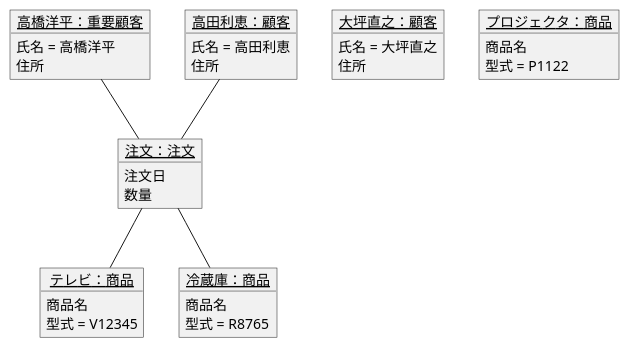
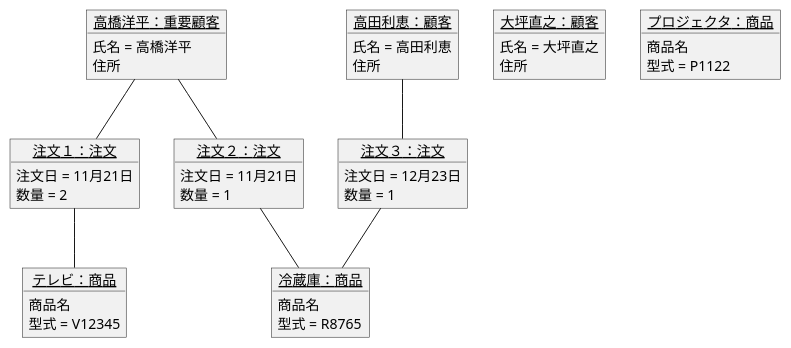
The diagram in 演習3-7_OBJ_注文のオブジェクト図.pu (eumura123/uml-introduction), drawn with PlantUML before and after one commit.

Commit message:
演習3-7

```diff
--- a/演習3-7_OBJ_注文のオブジェクト図.pu
+++ b/演習3-7_OBJ_注文のオブジェクト図.pu
@@ -1,34 +1,44 @@
 @startuml  
 object "<u>高橋洋平：重要顧客</u>" as k1{
 氏名 = 高橋洋平
 住所
 }
 object "<u>高田利恵：顧客</u>" as k2{
 氏名 = 高田利恵
 住所
 }
 object "<u>大坪直之：顧客</u>" as k3{
 氏名 = 大坪直之
 住所
 }
 object "<u>テレビ：商品</u>" as s1{
 商品名
 型式 = V12345
 }
 object "<u>冷蔵庫：商品</u>" as s2{
 商品名
 型式 = R8765
 }
 object "<u>プロジェクタ：商品</u>" as s3{
 商品名
 型式 = P1122
 }
-object "<u>注文：注文</u>" as t1{
-注文日
-数量
+object "<u>注文１：注文</u>" as t1{
+注文日 = 11月21日
+数量 = 2
+}
+object "<u>注文２：注文</u>" as t2{
+注文日 = 11月21日
+数量 = 1
+}
+object "<u>注文３：注文</u>" as t3{
+注文日 = 12月23日
+数量 = 1
 }
 k1 -- t1
-k2 -- t1
+k1 -- t2
+k2 -- t3
 t1 -- s1
-t1 -- s2
+t2 -- s2
+t3 -- s2
 @enduml
```
